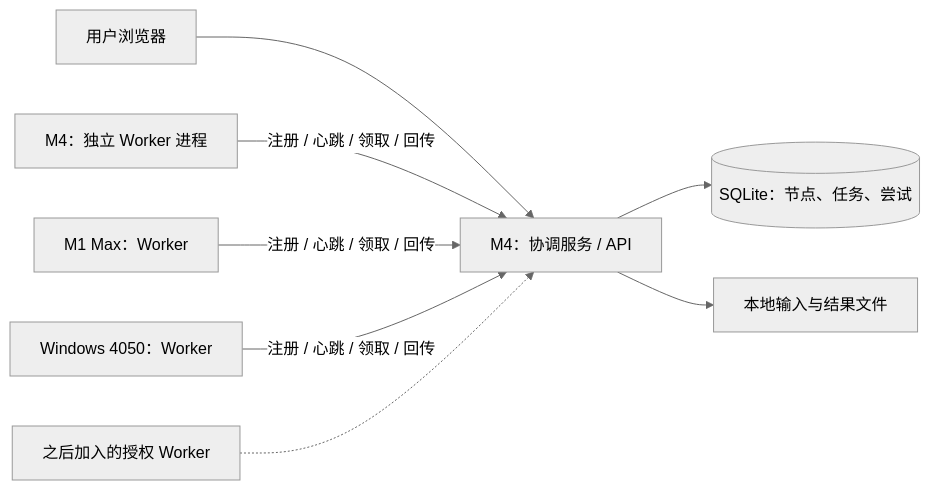
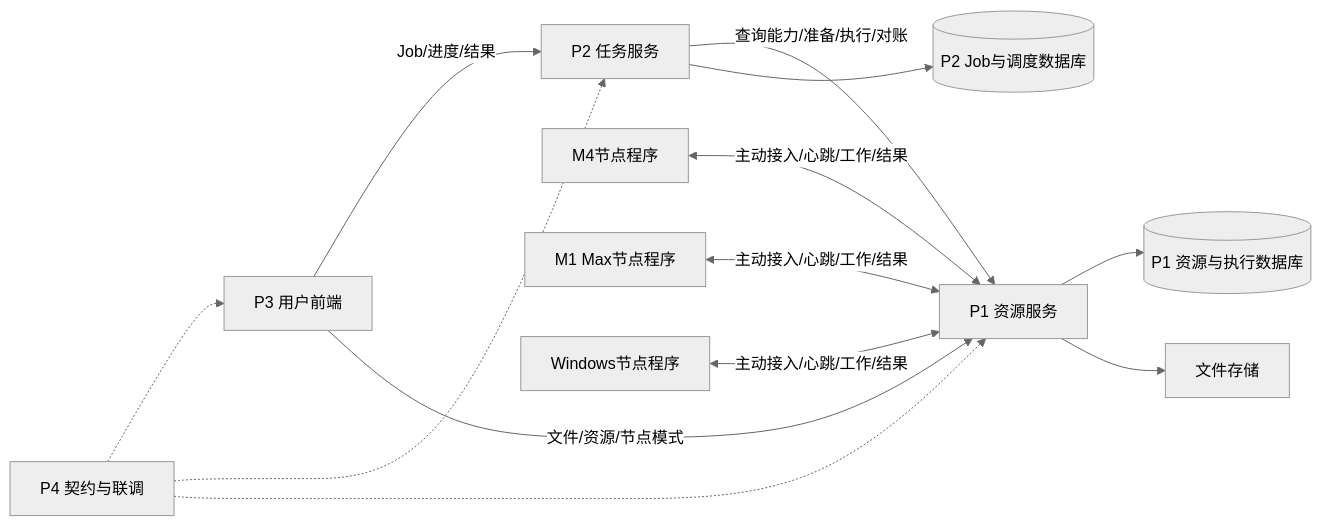
The diagram in D题参赛执行包/02-架构与接口说明.md (terter2381341712-dot/Heikesong), drawn with Mermaid (neutral theme) before and after one commit. The commit also changed other lines of this file and 28 other files, not shown here.

````diff
--- a/D题参赛执行包/02-架构与接口说明.md
+++ b/D题参赛执行包/02-架构与接口说明.md
@@ -7,10 +7,15 @@
 ```mermaid
 flowchart LR
-    U[用户浏览器] --> C[M4：协调服务 / API]
-    C --> D[(SQLite：节点、任务、尝试)]
-    C --> F[本地输入与结果文件]
-    W1[M4：独立 Worker 进程] -->|注册 / 心跳 / 领取 / 回传| C
-    W2[M1 Max：Worker] -->|注册 / 心跳 / 领取 / 回传| C
-    W3[Windows 4050：Worker] -->|注册 / 心跳 / 领取 / 回传| C
-    WN[之后加入的授权 Worker] -.-> C
+    UI[P3 用户前端] -->|Job/进度/结果| T[P2 任务服务]
+    UI -->|文件/资源/节点模式| R[P1 资源服务]
+    T -->|查询能力/准备/执行/对账| R
+    R --> RD[(P1 资源与执行数据库)]
+    R --> F[文件存储]
+    T --> TD[(P2 Job与调度数据库)]
+    A[M4节点程序] <-->|主动接入/心跳/工作/结果| R
+    B[M1 Max节点程序] <-->|主动接入/心跳/工作/结果| R
+    C[Windows节点程序] <-->|主动接入/心跳/工作/结果| R
+    Q[P4 契约与联调] -.-> UI
+    Q -.-> T
+    Q -.-> R
 ```
````
